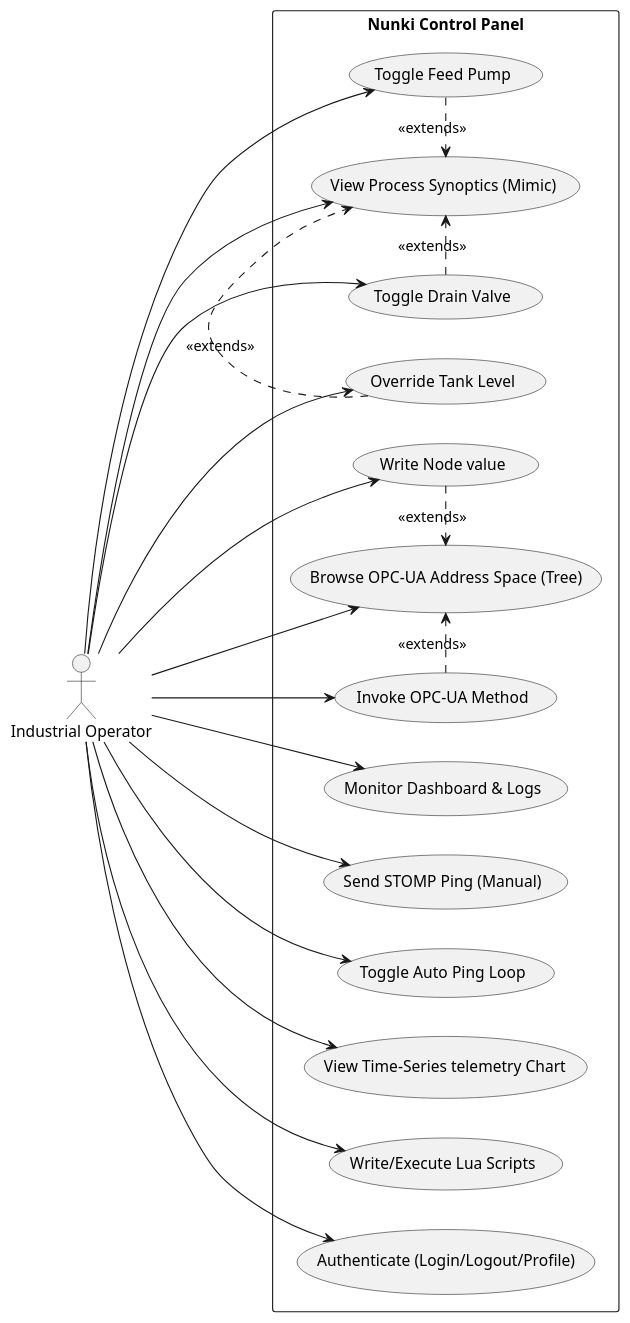
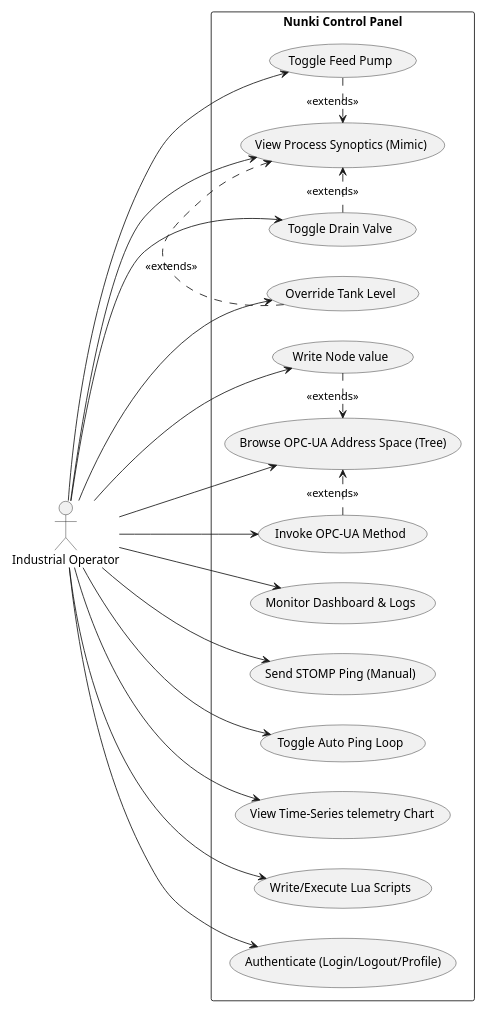
Before and after one commit to mlecabellec/nunki: the second of 11 diagrams in doc/docs/architecture/Svelte-Frontend-Analysis.md, drawn with PlantUML. The commit also changed other lines of this file and 1 other file, not shown here.

Commit message:
[WIP] Constrain Svelte PlantUML height to A4 bounds and align package Quasar O1/zero-swap flags (RUN_WORKFLOW)

````diff
--- a/doc/docs/architecture/Svelte-Frontend-Analysis.md
+++ b/doc/docs/architecture/Svelte-Frontend-Analysis.md
@@ -176,43 +176,43 @@
 ```plantuml
 @startuml
-scale max 600 width
+scale max 600*900
 left to right direction
 actor "Industrial Operator" as User
 
 rectangle "Nunki Control Panel" {
     usecase "Monitor Dashboard & Logs" as UC_Logs
     usecase "Send STOMP Ping (Manual)" as UC_Ping
     usecase "Toggle Auto Ping Loop" as UC_AutoPing
     usecase "View Process Synoptics (Mimic)" as UC_Synoptic
     usecase "Toggle Feed Pump" as UC_Pump
     usecase "Toggle Drain Valve" as UC_Valve
     usecase "Override Tank Level" as UC_Tank
     usecase "View Time-Series telemetry Chart" as UC_Chart
     usecase "Browse OPC-UA Address Space (Tree)" as UC_Tree
     usecase "Write Node value" as UC_Write
     usecase "Invoke OPC-UA Method" as UC_Invoke
     usecase "Write/Execute Lua Scripts" as UC_Lua
     usecase "Authenticate (Login/Logout/Profile)" as UC_Auth
 }
 
 User --> UC_Logs
 User --> UC_Ping
 User --> UC_AutoPing
 User --> UC_Synoptic
 User --> UC_Pump
 User --> UC_Valve
 User --> UC_Tank
 User --> UC_Chart
 User --> UC_Tree
 User --> UC_Write
 User --> UC_Invoke
 User --> UC_Lua
 User --> UC_Auth
 
 UC_Pump .> UC_Synoptic : <<extends>>
 UC_Valve .> UC_Synoptic : <<extends>>
 UC_Tank .> UC_Synoptic : <<extends>>
 UC_Write .> UC_Tree : <<extends>>
 UC_Invoke .> UC_Tree : <<extends>>
 @enduml
 ```
````
